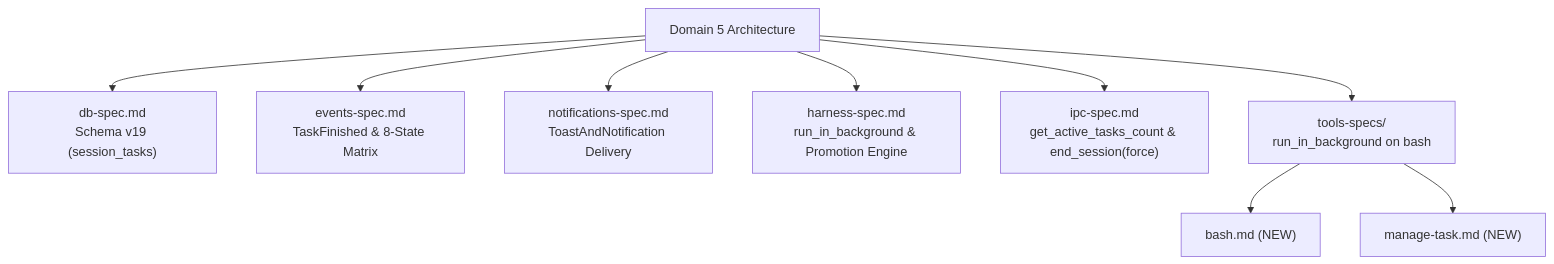
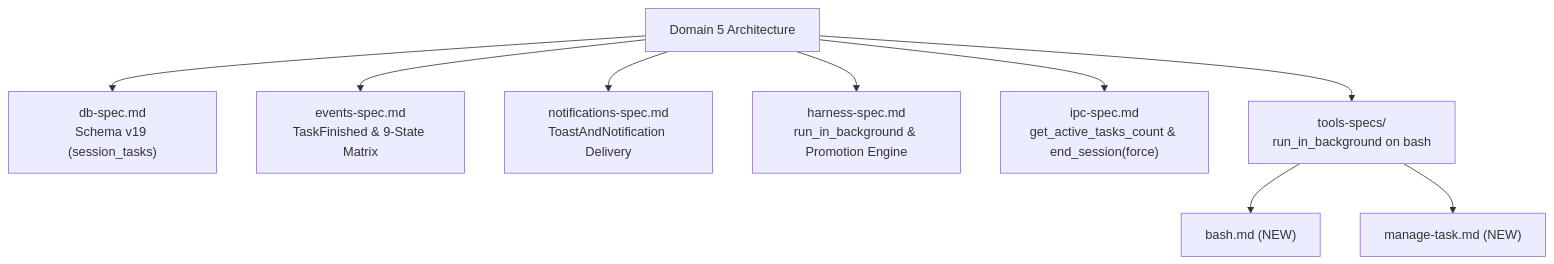
The diagram in docs/plans/phase14/domain-5-background-tasks.md (addy-47/vox), drawn with Mermaid before and after one commit. The commit also changed other lines of this file and 5 other files, not shown here.

````diff
--- a/docs/plans/phase14/domain-5-background-tasks.md
+++ b/docs/plans/phase14/domain-5-background-tasks.md
@@ -112,12 +112,12 @@
 ```mermaid
 flowchart TD
     D5["Domain 5 Architecture"] --> DB["db-spec.md<br/>Schema v19 (session_tasks)"]
-    D5 --> EVT["events-spec.md<br/>TaskFinished & 8-State Matrix"]
+    D5 --> EVT["events-spec.md<br/>TaskFinished & 9-State Matrix"]
     D5 --> NOTIF["notifications-spec.md<br/>ToastAndNotification Delivery"]
     D5 --> HARN["harness-spec.md<br/>run_in_background & Promotion Engine"]
     D5 --> IPC["ipc-spec.md<br/>get_active_tasks_count & end_session(force)"]
     D5 --> TOOLS["tools-specs/<br/>run_in_background on bash"]
     
     TOOLS --> T_BASH["bash.md (NEW)"]
     TOOLS --> T_MANAGE["manage-task.md (NEW)"]
 ```
````
